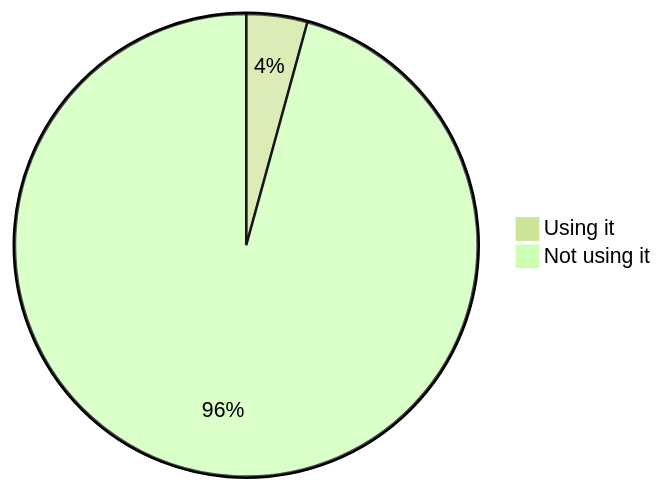
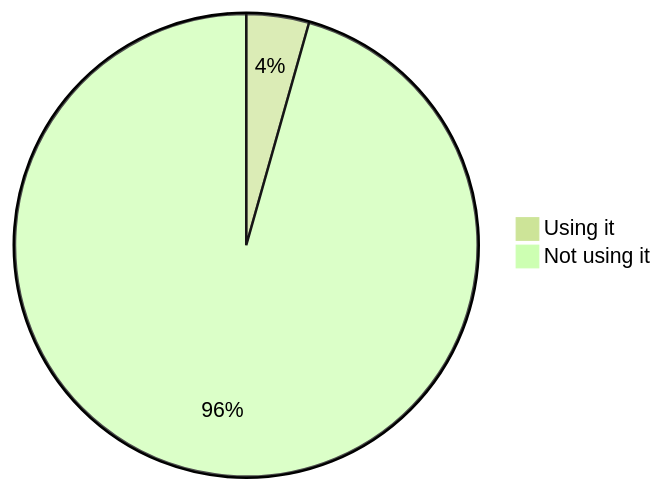
Before and after one commit to oshp/oshp-stats: diagram 11 of 22 in stats.md, drawn with Mermaid (forest theme). The commit also changed other lines of this file, not shown here.

````diff
--- a/stats.md
+++ b/stats.md
@@ -130,6 +130,6 @@
 ```mermaid
 pie
-	"Using it" : 4.26
-	"Not using it" : 95.74
+	"Using it" : 4.38
+	"Not using it" : 95.62
 
 ```
````
